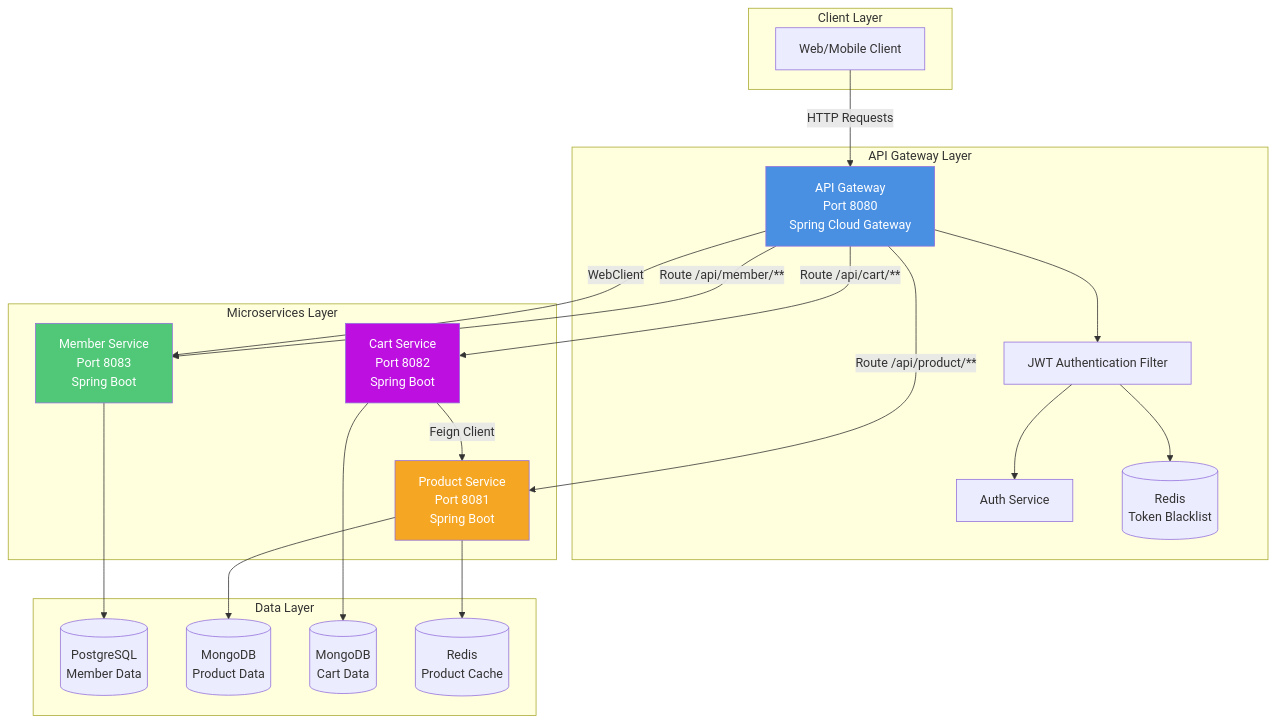
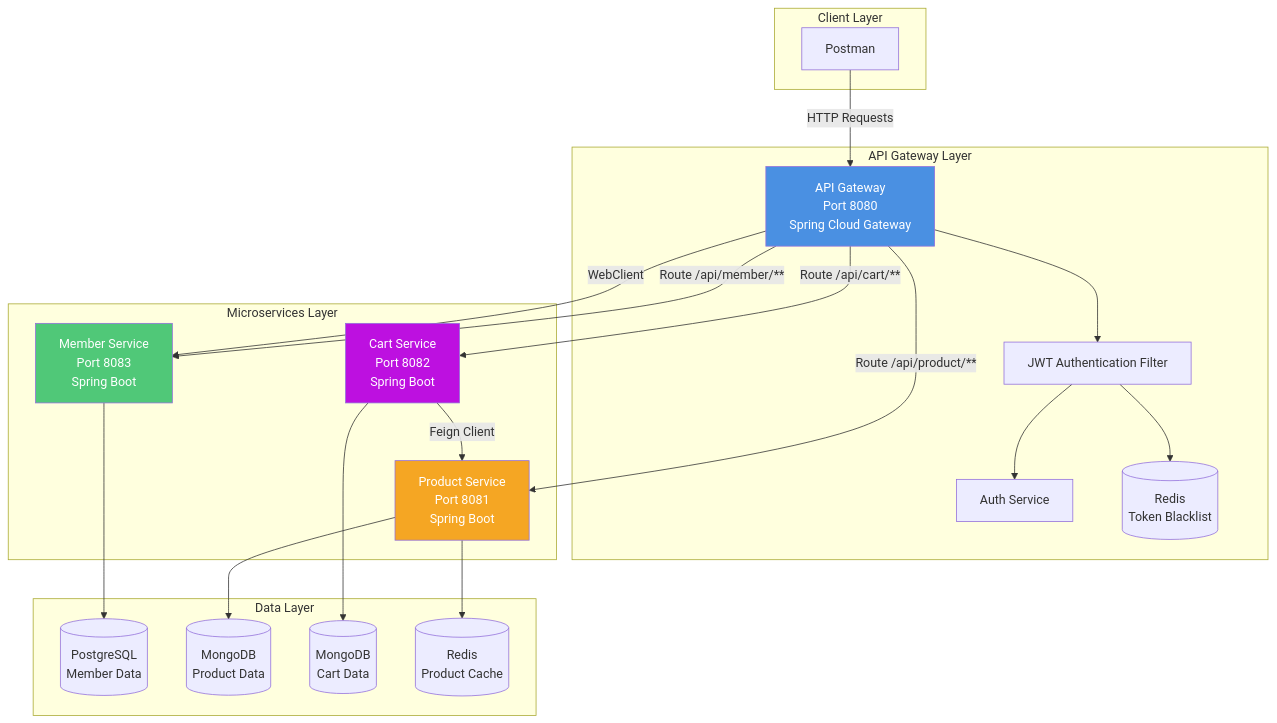
Before and after one commit to gdncomm-harikrishnan-b/training-project-2025-11-Harikrishnan: the first of 16 diagrams in Project_Overview_Cursor.md, drawn with Mermaid. The commit also changed 4 other files, not shown here.

````diff
--- a/Project_Overview_Cursor.md
+++ b/Project_Overview_Cursor.md
@@ -40,45 +40,45 @@
 ```mermaid
 graph TB
     subgraph "Client Layer"
-        Client[Web/Mobile Client]
+        Client[Postman]
     end
     
     subgraph "API Gateway Layer"
         Gateway[API Gateway<br/>Port 8080<br/>Spring Cloud Gateway]
         JWTFilter[JWT Authentication Filter]
         AuthService[Auth Service]
         RedisGW[(Redis<br/>Token Blacklist)]
     end
     
     subgraph "Microservices Layer"
         Member[Member Service<br/>Port 8083<br/>Spring Boot]
         Product[Product Service<br/>Port 8081<br/>Spring Boot]
         Cart[Cart Service<br/>Port 8082<br/>Spring Boot]
     end
     
     subgraph "Data Layer"
         PostgreSQL[(PostgreSQL<br/>Member Data)]
         MongoDB1[(MongoDB<br/>Product Data)]
         MongoDB2[(MongoDB<br/>Cart Data)]
         RedisProduct[(Redis<br/>Product Cache)]
     end
     
     Client -->|HTTP Requests| Gateway
     Gateway --> JWTFilter
     JWTFilter --> RedisGW
     JWTFilter --> AuthService
     Gateway -->|Route /api/member/**| Member
     Gateway -->|Route /api/product/**| Product
     Gateway -->|Route /api/cart/**| Cart
     Gateway -->|WebClient| Member
     Member --> PostgreSQL
     Product --> MongoDB1
     Product --> RedisProduct
     Cart --> MongoDB2
     Cart -->|Feign Client| Product
     
     style Gateway fill:#4A90E2,color:#fff
     style Member fill:#50C878,color:#fff
     style Product fill:#F5A623,color:#fff
     style Cart fill:#BD10E0,color:#fff
 ```
````
